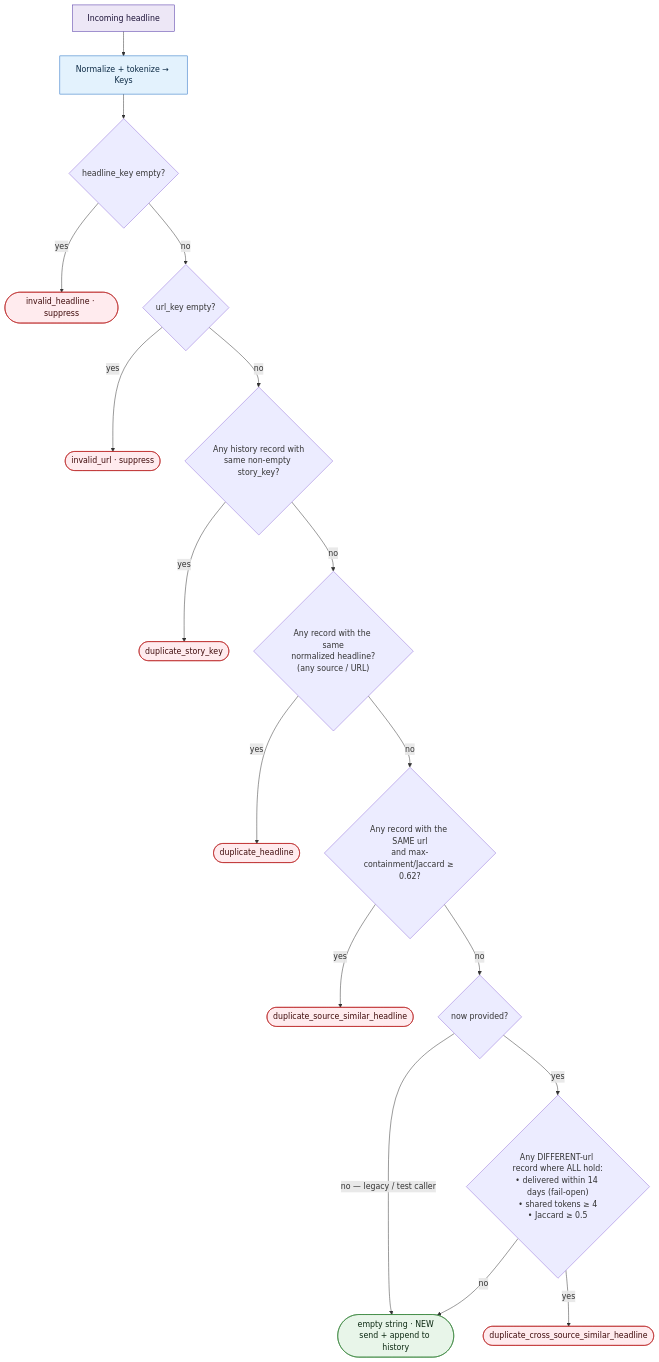
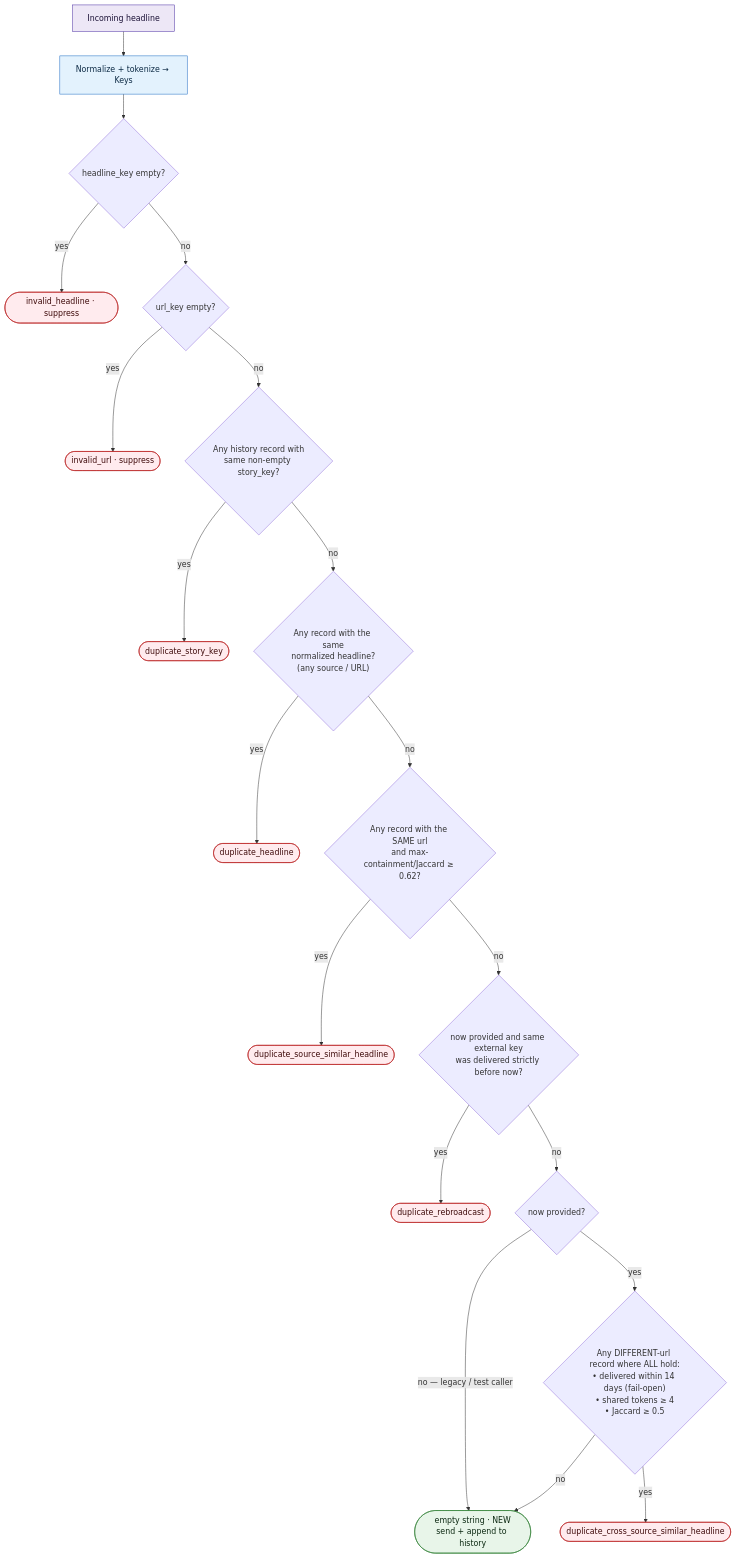
The second of 3 diagrams in docs/headline-dedupe.md (guzus/ai-research-arm), drawn with Mermaid before and after one commit. The commit also changed other lines of this file and 2 other files, not shown here.

````diff
--- a/docs/headline-dedupe.md
+++ b/docs/headline-dedupe.md
@@ -54,30 +55,32 @@
 ```mermaid
 flowchart TD
     A[Incoming headline]:::io --> B[Normalize + tokenize → Keys]:::proc
     B --> C{headline_key empty?}
     C -->|yes| INV1([invalid_headline · suppress]):::supp
     C -->|no| D{url_key empty?}
     D -->|yes| INV2([invalid_url · suppress]):::supp
     D -->|no| F
 
     %% Pass 1 — exact / same-source, time-independent
     F{"Any history record with<br/>same non-empty story_key?"} -->|yes| R1([duplicate_story_key]):::supp
     F -->|no| G{"Any record with the same<br/>normalized headline?<br/>(any source / URL)"}
     G -->|yes| R2([duplicate_headline]):::supp
     G -->|no| H{"Any record with the SAME url<br/>and max-containment/Jaccard ≥ 0.62?"}
     H -->|yes| R3([duplicate_source_similar_headline]):::supp
-    H -->|no| Q
+    H -->|no| I{"now provided and same external key<br/>was delivered strictly before now?"}
+    I -->|yes| R3D([duplicate_rebroadcast]):::supp
+    I -->|no| Q
 
     %% Gate: cross-source pass only runs when a reference time is supplied
     Q{now provided?} -->|"no — legacy / test caller"| SEND
     Q -->|yes| K
 
     %% Pass 2 — cross-source semantic duplicate
     K{"Any DIFFERENT-url record where ALL hold:<br/>• delivered within 14 days (fail-open)<br/>• shared tokens ≥ 4<br/>• Jaccard ≥ 0.5"} -->|yes| R4([duplicate_cross_source_similar_headline]):::supp
     K -->|no| SEND([empty string · NEW<br/>send + append to history]):::send
 
     classDef proc fill:#e3f2fd,stroke:#1565c0,color:#0d2b45;
     classDef io fill:#ede7f6,stroke:#4527a0,color:#1a1035;
     classDef supp fill:#ffebee,stroke:#b71c1c,color:#3e0a0a;
     classDef send fill:#e8f5e9,stroke:#2e7d32,color:#0c2912;
 ```
````
